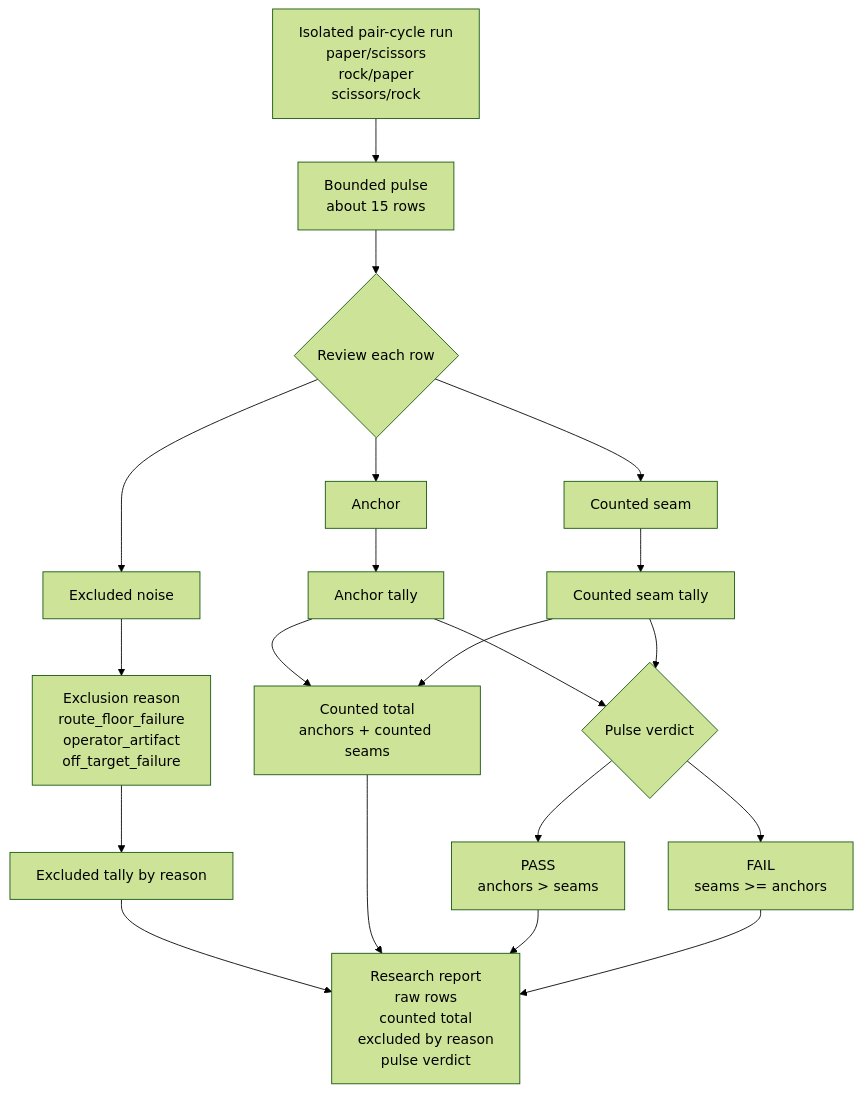
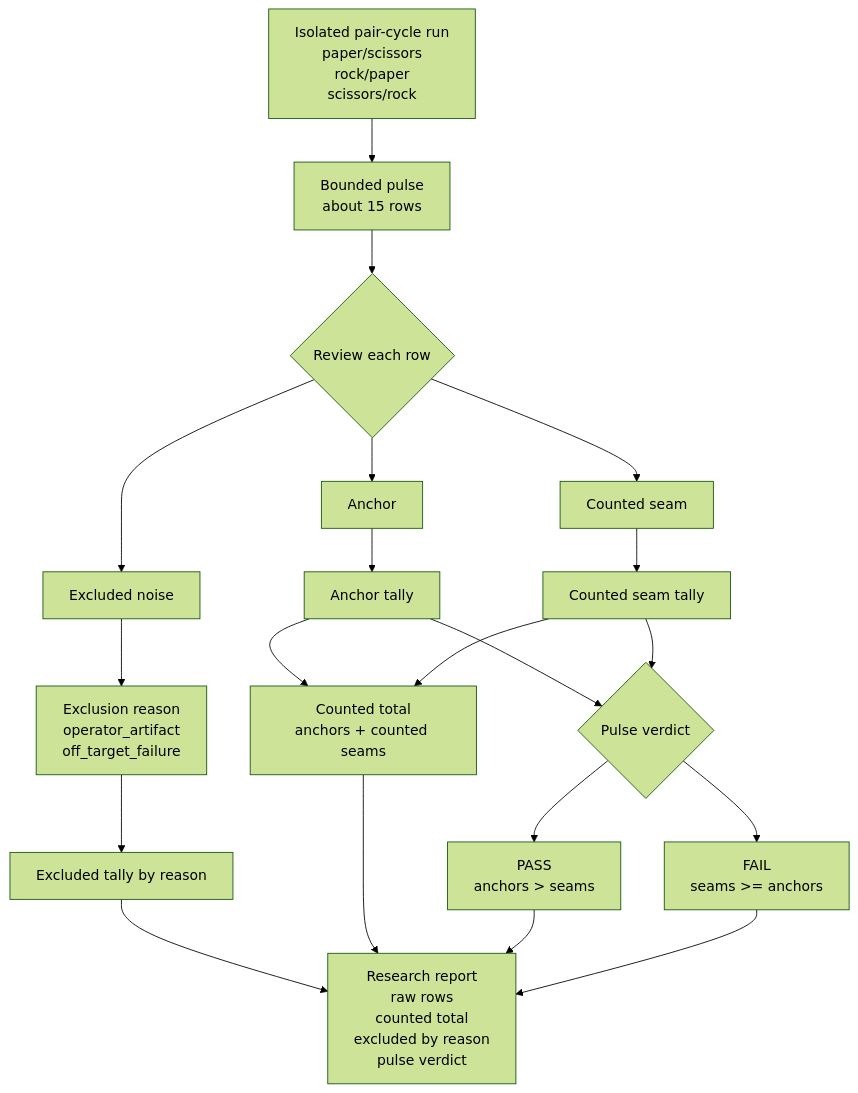
The diagram in docs/research/PRE_BETA_5_FAIL_PRESSURE_PULSE.md (tryskian/scorey), drawn with Mermaid (forest theme) before and after one commit. The commit also changed other lines of this file and 7 other files, not shown here.

````diff
--- a/docs/research/PRE_BETA_5_FAIL_PRESSURE_PULSE.md
+++ b/docs/research/PRE_BETA_5_FAIL_PRESSURE_PULSE.md
@@ -98,33 +96,33 @@
 ```mermaid
 flowchart TD
   A["Isolated pair-cycle run<br/>paper/scissors<br/>rock/paper<br/>scissors/rock"]
   B["Bounded pulse<br/>about 15 rows"]
   C{"Review each row"}
   D["Anchor"]
   E["Counted seam"]
   F["Excluded noise"]
-  G["Exclusion reason<br/>route_floor_failure<br/>operator_artifact<br/>off_target_failure"]
+  G["Exclusion reason<br/>operator_artifact<br/>off_target_failure"]
   H["Anchor tally"]
   I["Counted seam tally"]
   J["Excluded tally by reason"]
   K["Counted total<br/>anchors + counted seams"]
   L{"Pulse verdict"}
   M["PASS<br/>anchors > seams"]
   N["FAIL<br/>seams >= anchors"]
   O["Research report<br/>raw rows<br/>counted total<br/>excluded by reason<br/>pulse verdict"]
 
   A --> B --> C
   C --> D --> H
   C --> E --> I
   C --> F --> G --> J
   H --> K
   I --> K
   H --> L
   I --> L
   L --> M
   L --> N
   J --> O
   K --> O
   M --> O
   N --> O
 ```
````
